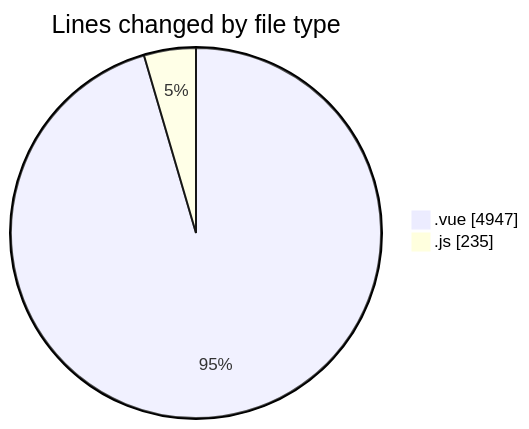
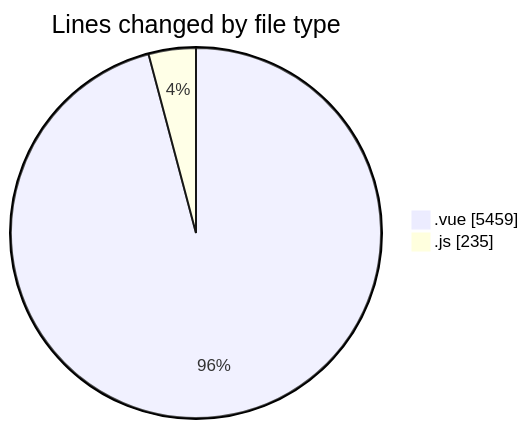
Before and after one commit to lephambinh05/code-tracking: the first of 2 diagrams in 2025-08-13/rentotp/README.md, drawn with Mermaid. The commit also changed other lines of this file and 1 other file, not shown here.

````diff
--- a/2025-08-13/rentotp/README.md
+++ b/2025-08-13/rentotp/README.md
@@ -30,6 +30,6 @@
 ```mermaid
 pie showData
 title Lines changed by file type
-".vue" : 4947
+".vue" : 5459
 ".js" : 235
 ```
````
